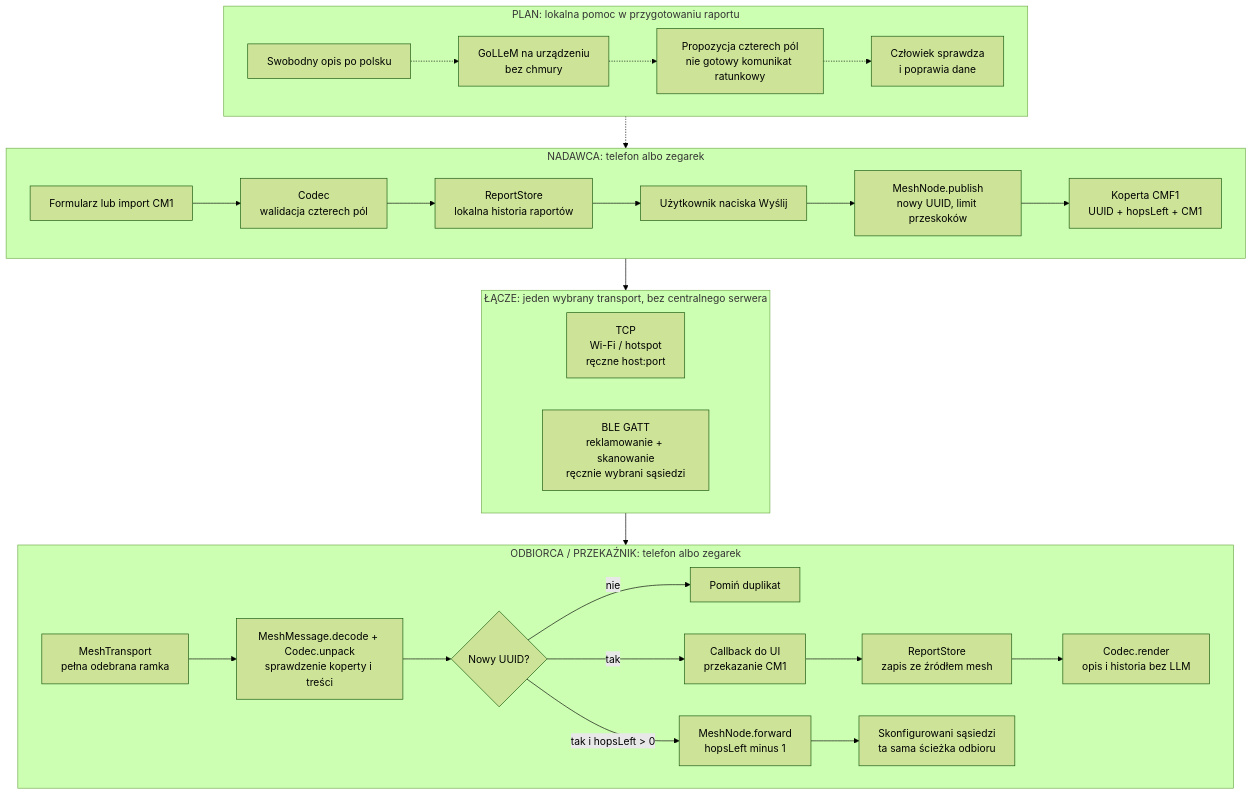
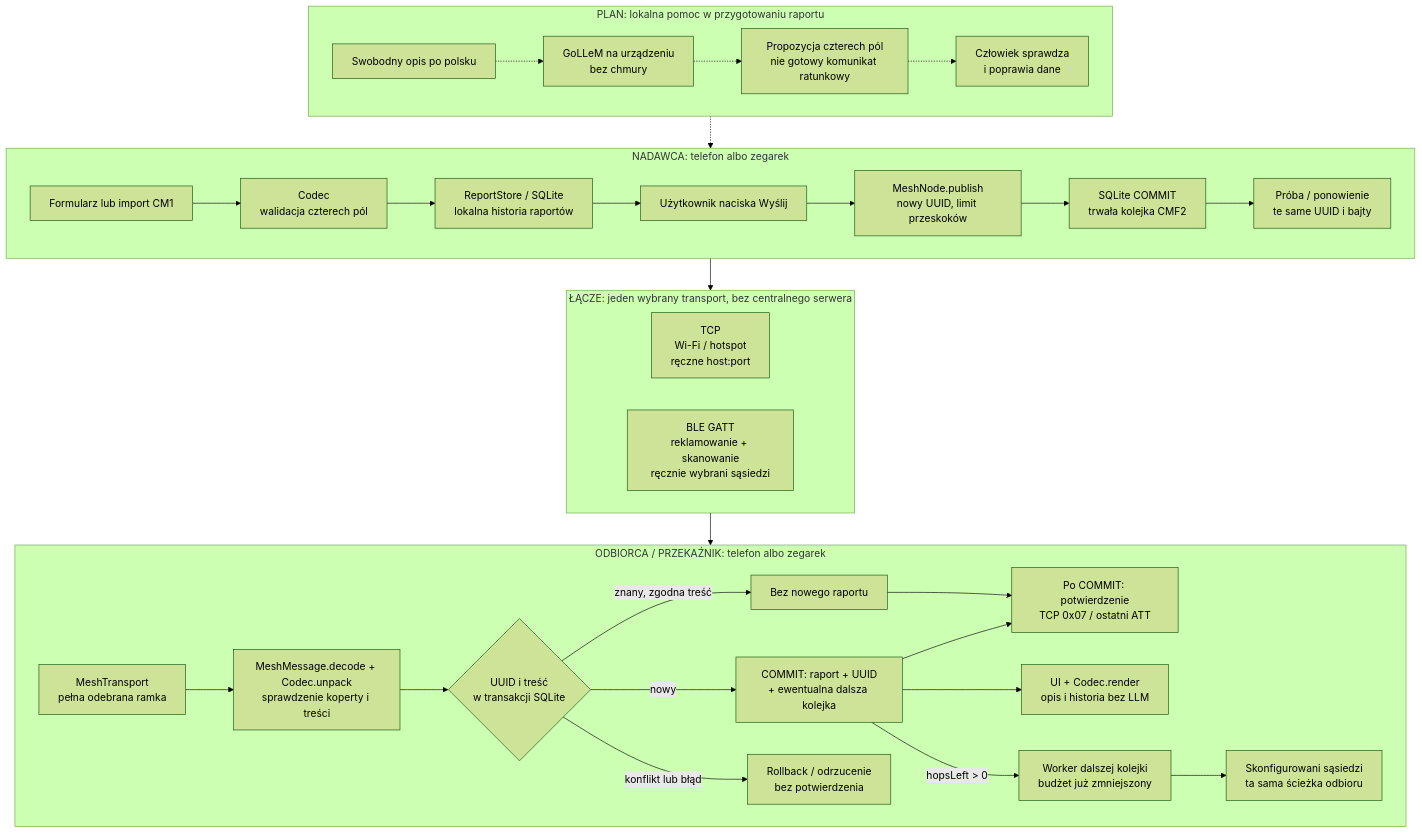
The diagram in ARCHITECTURE.md (PiotrStyla/crisis_mesh), drawn with Mermaid (forest theme) before and after one commit. The commit also changed other lines of this file and 14 other files, not shown here.

Commit message:
Persist report history, UUID deduplication and offline queue with CMF2 commit receipts

````diff
--- a/ARCHITECTURE.md
+++ b/ARCHITECTURE.md
@@ -13,39 +13,42 @@
 ```mermaid
 flowchart TB
     subgraph future["PLAN: lokalna pomoc w przygotowaniu raportu"]
         direction LR
         text["Swobodny opis po polsku"] -.-> llm["GoLLeM na urządzeniu\nbez chmury"]
         llm -.-> proposal["Propozycja czterech pól\nnie gotowy komunikat ratunkowy"]
         proposal -.-> human["Człowiek sprawdza\ni poprawia dane"]
     end
 
     subgraph sender["NADAWCA: telefon albo zegarek"]
         direction LR
         form["Formularz lub import CM1"] --> codec["Codec\nwalidacja czterech pól"]
-        codec --> local["ReportStore\nlokalna historia raportów"]
+        codec --> local["ReportStore / SQLite\nlokalna historia raportów"]
         local --> send["Użytkownik naciska Wyślij"]
         send --> publish["MeshNode.publish\nnowy UUID, limit przeskoków"]
-        publish --> envelope["Koperta CMF1\nUUID + hopsLeft + CM1"]
+        publish --> envelope["SQLite COMMIT\ntrwała kolejka CMF2"]
+        envelope --> retry["Próba / ponowienie\nte same UUID i bajty"]
     end
     future -.-> sender
 
     subgraph link["ŁĄCZE: jeden wybrany transport, bez centralnego serwera"]
         direction LR
         tcp["TCP\nWi-Fi / hotspot\nręczne host:port"]
         ble["BLE GATT\nreklamowanie + skanowanie\nręcznie wybrani sąsiedzi"]
     end
     sender --> link
 
     subgraph receiver["ODBIORCA / PRZEKAŹNIK: telefon albo zegarek"]
         direction LR
         incoming["MeshTransport\npełna odebrana ramka"] --> valid["MeshMessage.decode + Codec.unpack\nsprawdzenie koperty i treści"]
-        valid --> seen{"Nowy UUID?"}
-        seen -->|nie| drop["Pomiń duplikat"]
-        seen -->|tak| deliver["Callback do UI\nprzekazanie CM1"]
-        deliver --> store["ReportStore\nzapis ze źródłem mesh"]
-        store --> render["Codec.render\nopis i historia bez LLM"]
-        seen -->|"tak i hopsLeft > 0"| forward["MeshNode.forward\nhopsLeft minus 1"]
+        valid --> seen{"UUID i treść\nw transakcji SQLite"}
+        seen -->|"znany, zgodna treść"| duplicate["Bez nowego raportu"]
+        duplicate --> ack["Po COMMIT: potwierdzenie\nTCP 0x07 / ostatni ATT"]
+        seen -->|nowy| store["COMMIT: raport + UUID\n+ ewentualna dalsza kolejka"]
+        store --> ack
+        store --> render["UI + Codec.render\nopis i historia bez LLM"]
+        store -->|"hopsLeft > 0"| forward["Worker dalszej kolejki\nbudżet już zmniejszony"]
         forward --> next["Skonfigurowani sąsiedzi\nta sama ścieżka odbioru"]
+        seen -->|"konflikt lub błąd"| reject["Rollback / odrzucenie\nbez potwierdzenia"]
     end
     link --> receiver
 ```
````
